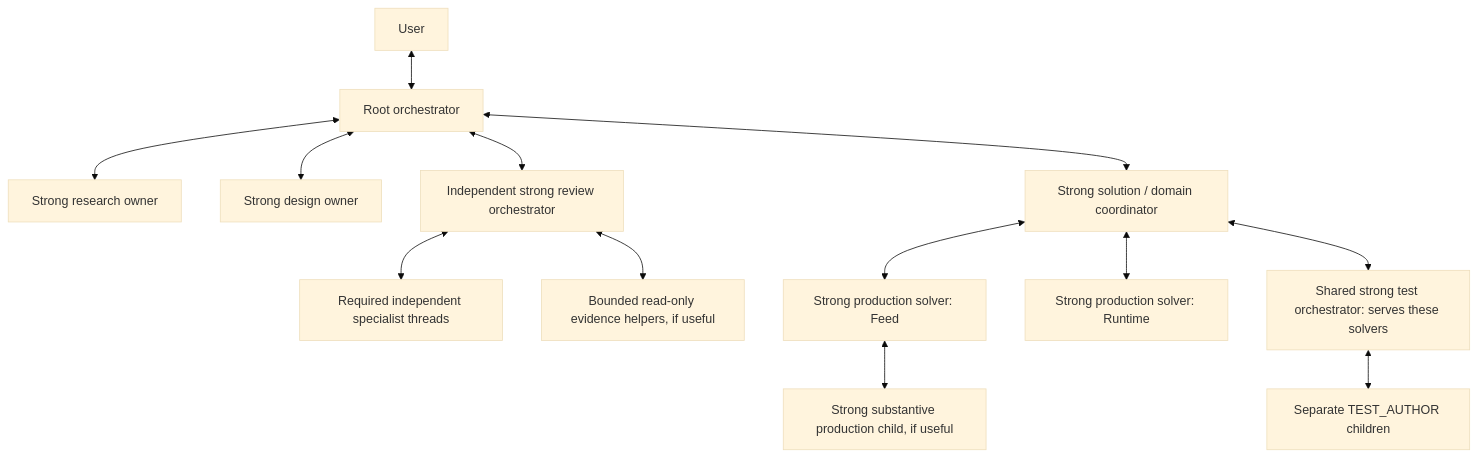
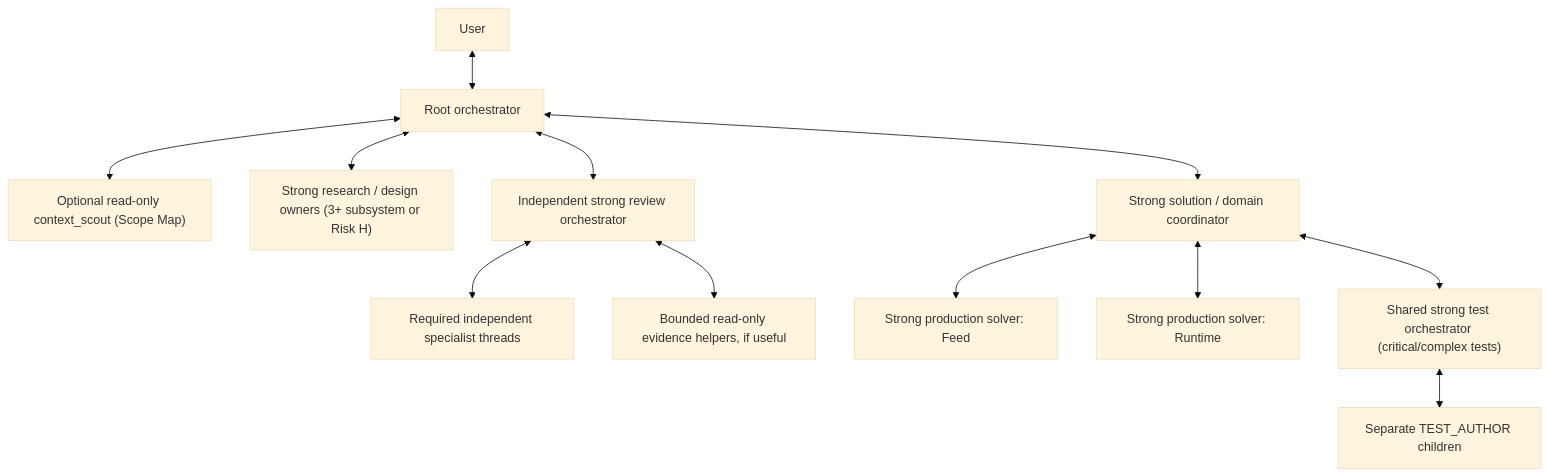
One commit to be0hhh/blazing-market changed the first of 4 diagrams in skills/blazing-market/references/delegation-and-review.md. Above: the diagram before and after it, drawn with Mermaid (base theme). The commit also changed other lines of this file and 5 other files, not shown here.

Commit message:
Release Blazing Market v8: direct-first S/M, context_scout, grill-me/boost, integer division audit, and portable anti-stall

````diff
--- a/skills/blazing-market/references/delegation-and-review.md
+++ b/skills/blazing-market/references/delegation-and-review.md
@@ -49,15 +37,14 @@
 ```mermaid
 flowchart TD
     U["User"] <--> R["Root orchestrator"]
-    R <--> X["Strong research owner"]
-    R <--> P["Strong design owner"]
+    R <--> S["Optional read-only context_scout (Scope Map)"]
+    R <--> X["Strong research / design owners (3+ subsystem or Risk H)"]
     R <--> I["Strong solution / domain coordinator"]
     R <--> V["Independent strong review orchestrator"]
     V <--> VS["Required independent specialist threads"]
     V <--> VH["Bounded read-only evidence helpers, if useful"]
     I <--> A["Strong production solver: Feed"]
     I <--> B["Strong production solver: Runtime"]
-    A <--> A1["Strong substantive production child, if useful"]
-    I <--> T["Shared strong test orchestrator: serves these solvers"]
+    I <--> T["Shared strong test orchestrator (critical/complex tests)"]
     T <--> TA["Separate TEST_AUTHOR children"]
 ```
````
